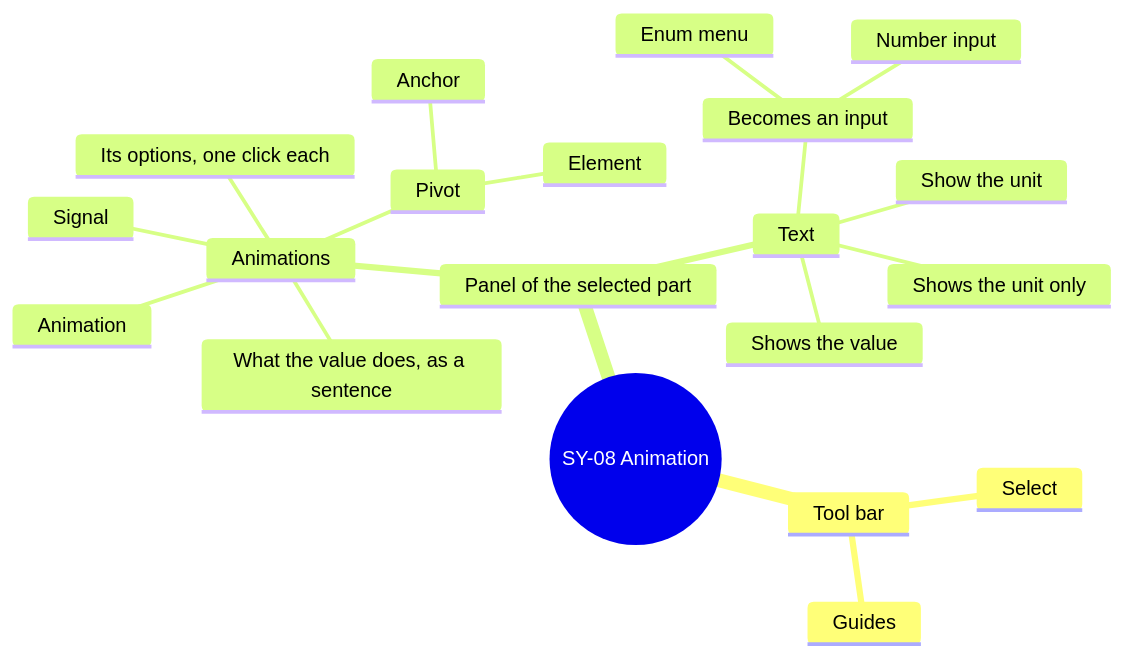
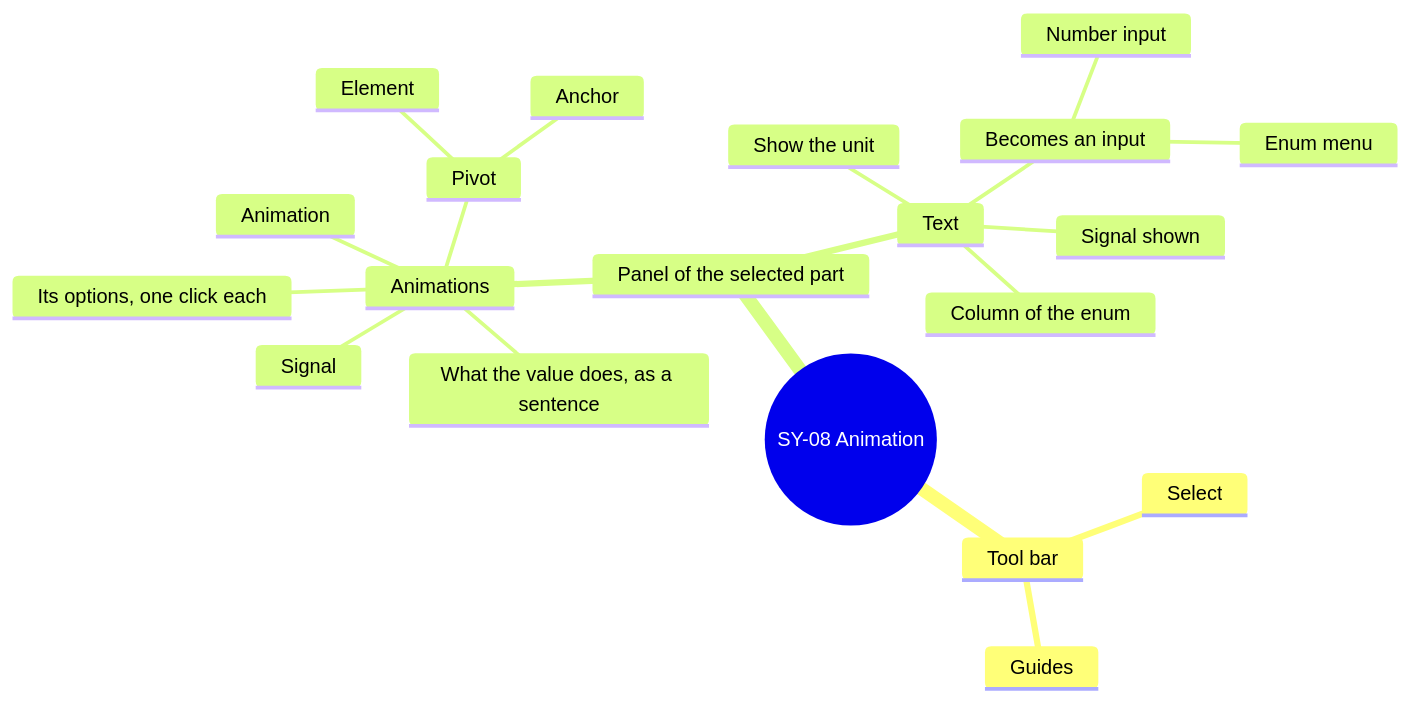
Before and after one commit to AlexandreGallais/synoptic-studio-spec: the tenth of 16 diagrams in screens/symbols.md, drawn with Mermaid. The commit also changed other lines of this file and 5 other files, not shown here.

````diff
--- a/screens/symbols.md
+++ b/screens/symbols.md
@@ -456,23 +456,23 @@
 ```mermaid
 mindmap
   root((SY-08 Animation))
     Tool bar
       Select
       Guides
     Panel of the selected part
       Animations
         Signal
         Animation
         Its options, one click each
         What the value does, as a sentence
         Pivot
           Element
           Anchor
       Text
-        Shows the value
-        Shows the unit only
+        Signal shown
         Show the unit
+        Column of the enum
         Becomes an input
           Number input
           Enum menu
 ```
````
